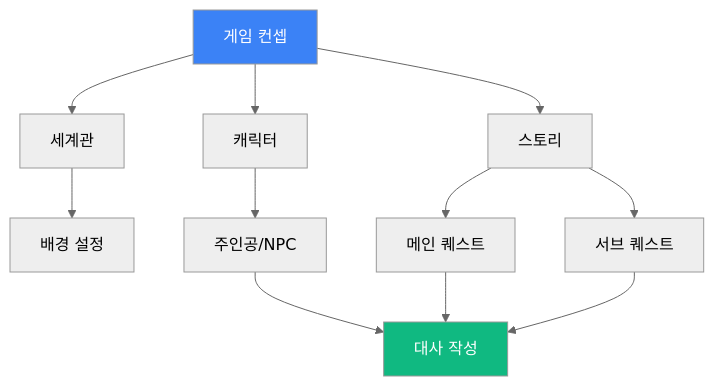
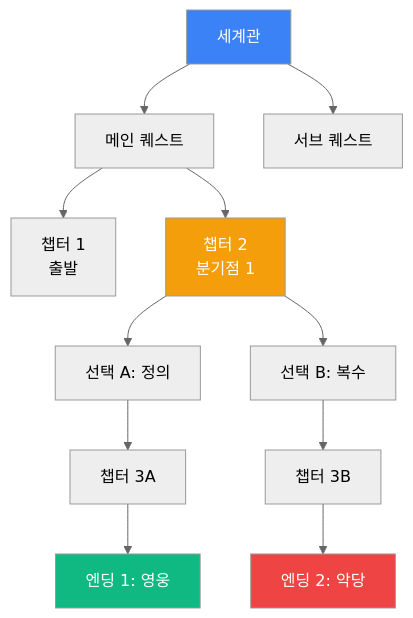
Before and after one commit to Collegenie-X/AIMakerLab_Web: the fifth of 9 diagrams in documents/CURRICULUM/맛보기_ChatGPT_크리에이터.md, drawn with Mermaid (neutral theme). The commit also changed other lines of this file and 3 other files, not shown here.

````diff
--- a/documents/CURRICULUM/맛보기_ChatGPT_크리에이터.md
+++ b/documents/CURRICULUM/맛보기_ChatGPT_크리에이터.md
@@ -403,18 +802,21 @@
 ```mermaid
 graph TB
-    A[게임 컨셉] --> B[세계관]
-    A --> C[캐릭터]
-    A --> D[스토리]
+    A[세계관] --> B[메인 퀘스트]
+    A --> C[서브 퀘스트]
     
-    B --> E[배경 설정]
-    C --> F[주인공/NPC]
-    D --> G[메인 퀘스트]
-    D --> H[서브 퀘스트]
+    B --> D[챕터 1<br/>출발]
+    B --> E[챕터 2<br/>분기점 1]
+    E --> F[선택 A: 정의]
+    E --> G[선택 B: 복수]
     
-    F --> I[대사 작성]
-    G --> I
-    H --> I
+    F --> H[챕터 3A]
+    G --> I[챕터 3B]
+    
+    H --> J[엔딩 1: 영웅]
+    I --> K[엔딩 2: 악당]
     
     style A fill:#3b82f6,color:#fff
-    style I fill:#10b981,color:#fff
+    style E fill:#f59e0b,color:#fff
+    style J fill:#10b981,color:#fff
+    style K fill:#ef4444,color:#fff
 ```
````
